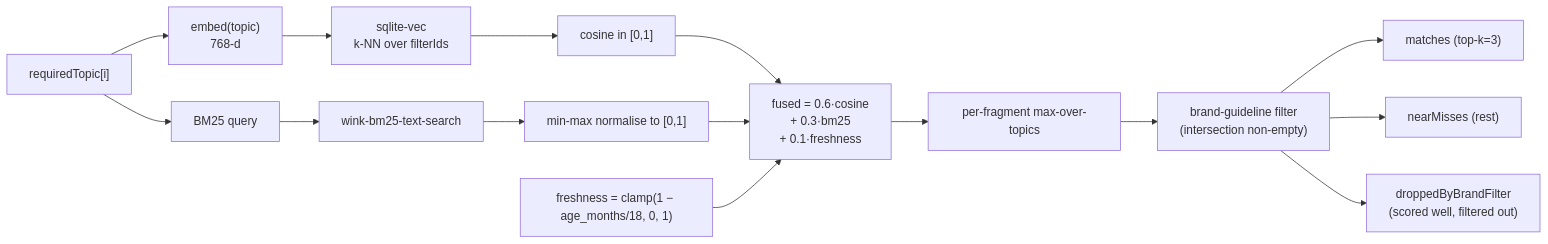
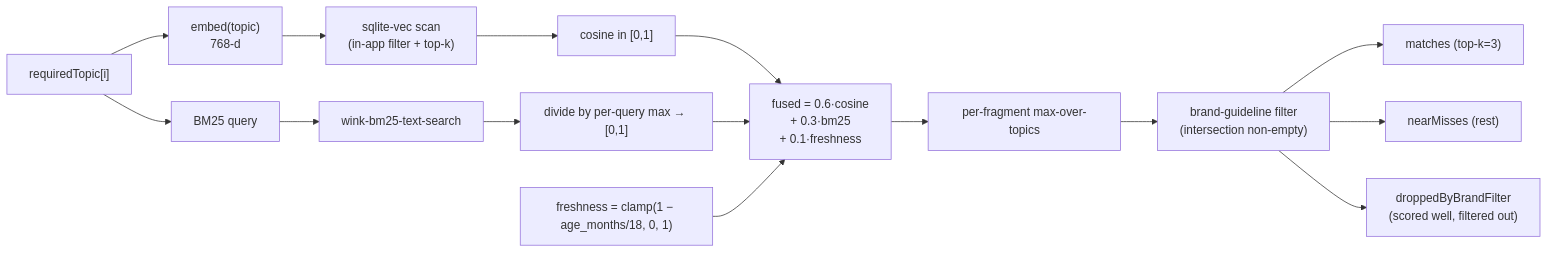
The fifth of 5 diagrams in architecture.md (LucaNerlich/2026-06-26-aem-content-discovery-agent), drawn with Mermaid before and after one commit. The commit also changed other lines of this file and 1 other file, not shown here.

````diff
--- a/architecture.md
+++ b/architecture.md
@@ -254,17 +259,17 @@
 ```mermaid
 flowchart LR
     Topic["requiredTopic[i]"] --> Embed["embed(topic)<br/>768-d"]
     Topic --> BM25Q["BM25 query"]
-    Embed --> Vec["sqlite-vec<br/>k-NN over filterIds"]
+    Embed --> Vec["sqlite-vec scan<br/>(in-app filter + top-k)"]
     BM25Q --> Lex["wink-bm25-text-search"]
     Vec --> Cos["cosine in [0,1]"]
-    Lex --> Norm["min-max normalise to [0,1]"]
+    Lex --> Norm["divide by per-query max → [0,1]"]
     Cos --> Fuse["fused = 0.6·cosine<br/>+ 0.3·bm25<br/>+ 0.1·freshness"]
     Norm --> Fuse
     Fresh["freshness = clamp(1 − age_months/18, 0, 1)"] --> Fuse
     Fuse --> Best["per-fragment max-over-topics"]
     Best --> Filter["brand-guideline filter<br/>(intersection non-empty)"]
     Filter --> TopK["matches (top-k=3)"]
     Filter --> Near["nearMisses (rest)"]
     Filter --> Dropped["droppedByBrandFilter<br/>(scored well, filtered out)"]
 ```
````
